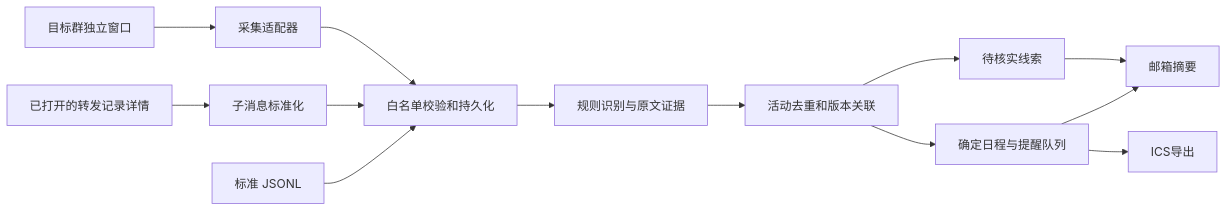
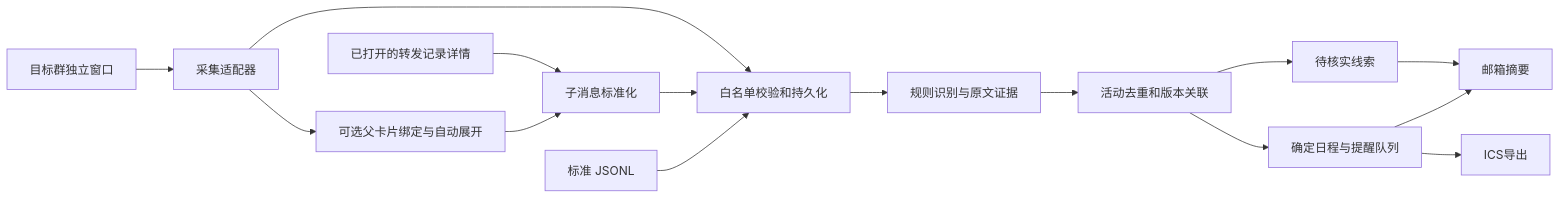
The diagram in docs/architecture.md (Fui2311/wechat-window-monitor), drawn with Mermaid before and after one commit. The commit also changed other lines of this file and 20 other files, not shown here.

````diff
--- a/docs/architecture.md
+++ b/docs/architecture.md
@@ -9,15 +9,17 @@
 ```mermaid
 flowchart LR
     A[目标群独立窗口] --> C[采集适配器]
     B[已打开的转发记录详情] --> D[子消息标准化]
+    C --> M[可选父卡片绑定与自动展开]
+    M --> D
     C --> E[白名单校验和持久化]
     D --> E
     J[标准 JSONL] --> E
     E --> F[规则识别与原文证据]
     F --> G[活动去重和版本关联]
     G --> H[待核实线索]
     G --> I[确定日程与提醒队列]
     H --> K[邮箱摘要]
     I --> K
     I --> L[ICS导出]
 ```
````
